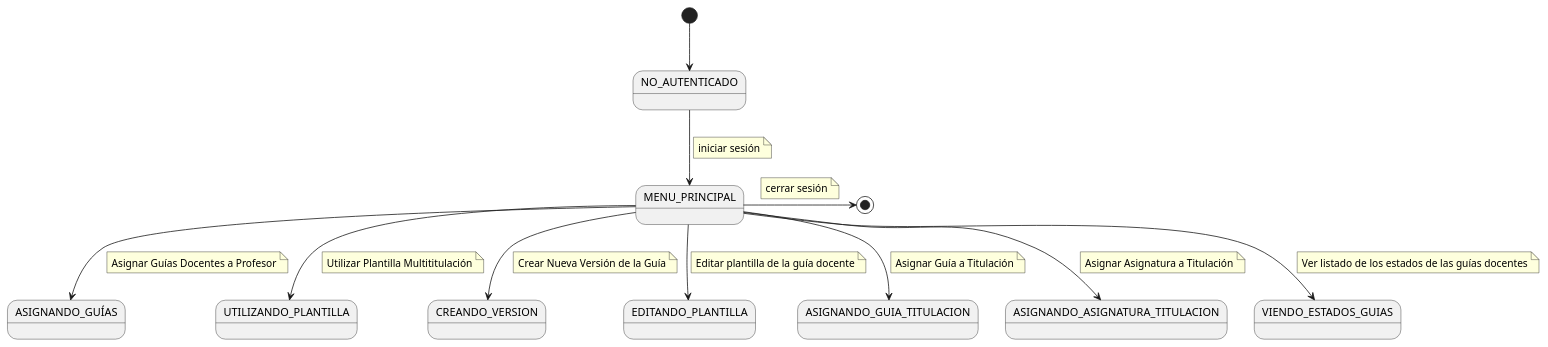
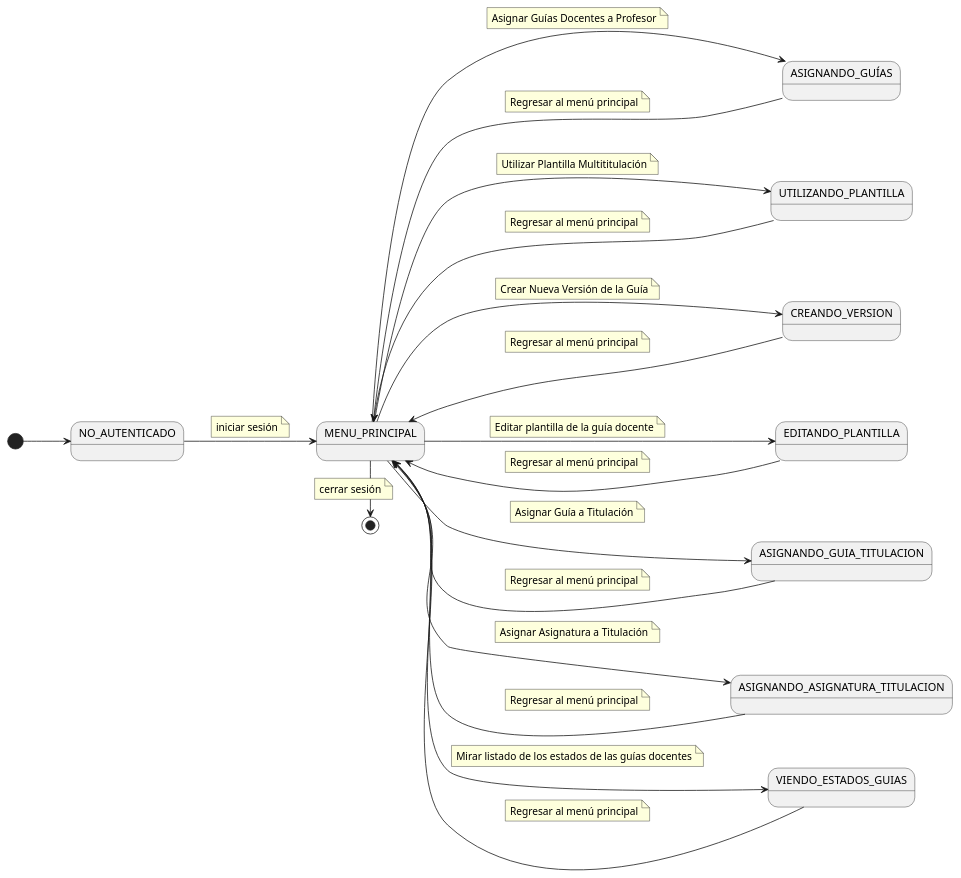
Before and after one commit to mmasias/24-25-IdSw1-SDR: the diagram in CasosDeUso/diagramaDeContexto/DiagramaDeContextoTecnico.puml, drawn with PlantUML. The commit also changed 1 other file, not shown here.

Commit message:
fix diagrama de contexto

```diff
--- a/CasosDeUso/diagramaDeContexto/DiagramaDeContextoTecnico.puml
+++ b/CasosDeUso/diagramaDeContexto/DiagramaDeContextoTecnico.puml
@@ -1,59 +1,88 @@
 @startuml diagramaContextoTecnicoCalidad
+left to right direction
 state "NO_AUTENTICADO" as NoAutenticado
 state "MENU_PRINCIPAL" as MenuPrincipal
 state "ASIGNANDO_GUÍAS" as AsignandoGuias
 state "UTILIZANDO_PLANTILLA" as UtilizandoPlantilla
 state "CREANDO_VERSION" as CreandoVersion
 state "EDITANDO_PLANTILLA" as EditandoPlantilla
 state "ASIGNANDO_GUIA_TITULACION" as AsignandoGuiaTitulacion
 state "ASIGNANDO_ASIGNATURA_TITULACION" as AsignandoAsignaturaTitulacion
 state "VIENDO_ESTADOS_GUIAS" as ViendoEstadosGuias
 
 [*] --> NoAutenticado
 
 NoAutenticado --> MenuPrincipal
 note on link
     iniciar sesión
 end note
 
 MenuPrincipal -> [*]
 note on link
     cerrar sesión
 end note
 
 MenuPrincipal --> AsignandoGuias
 note on link
     Asignar Guías Docentes a Profesor
 end note
+AsignandoGuias --> MenuPrincipal
+note on link
+    Regresar al menú principal
+end note
 
 MenuPrincipal --> UtilizandoPlantilla
 note on link
     Utilizar Plantilla Multititulación
+end note
+UtilizandoPlantilla --> MenuPrincipal
+note on link
+    Regresar al menú principal
 end note
 
 MenuPrincipal --> CreandoVersion
 note on link
     Crear Nueva Versión de la Guía
 end note
+CreandoVersion --> MenuPrincipal
+note on link
+    Regresar al menú principal
+end note
 
 MenuPrincipal --> EditandoPlantilla
 note on link
     Editar plantilla de la guía docente
+end note
+EditandoPlantilla --> MenuPrincipal
+note on link
+    Regresar al menú principal
 end note
 
 MenuPrincipal --> AsignandoGuiaTitulacion
 note on link
     Asignar Guía a Titulación
 end note
+AsignandoGuiaTitulacion --> MenuPrincipal
+note on link
+    Regresar al menú principal
+end note
 
 MenuPrincipal --> AsignandoAsignaturaTitulacion
 note on link
     Asignar Asignatura a Titulación
 end note
+AsignandoAsignaturaTitulacion --> MenuPrincipal
+note on link
+    Regresar al menú principal
+end note
 
 MenuPrincipal --> ViendoEstadosGuias
 note on link
-    Ver listado de los estados de las guías docentes
+    Mirar listado de los estados de las guías docentes
+end note
+ViendoEstadosGuias --> MenuPrincipal
+note on link
+    Regresar al menú principal
 end note
 
 @enduml
```
